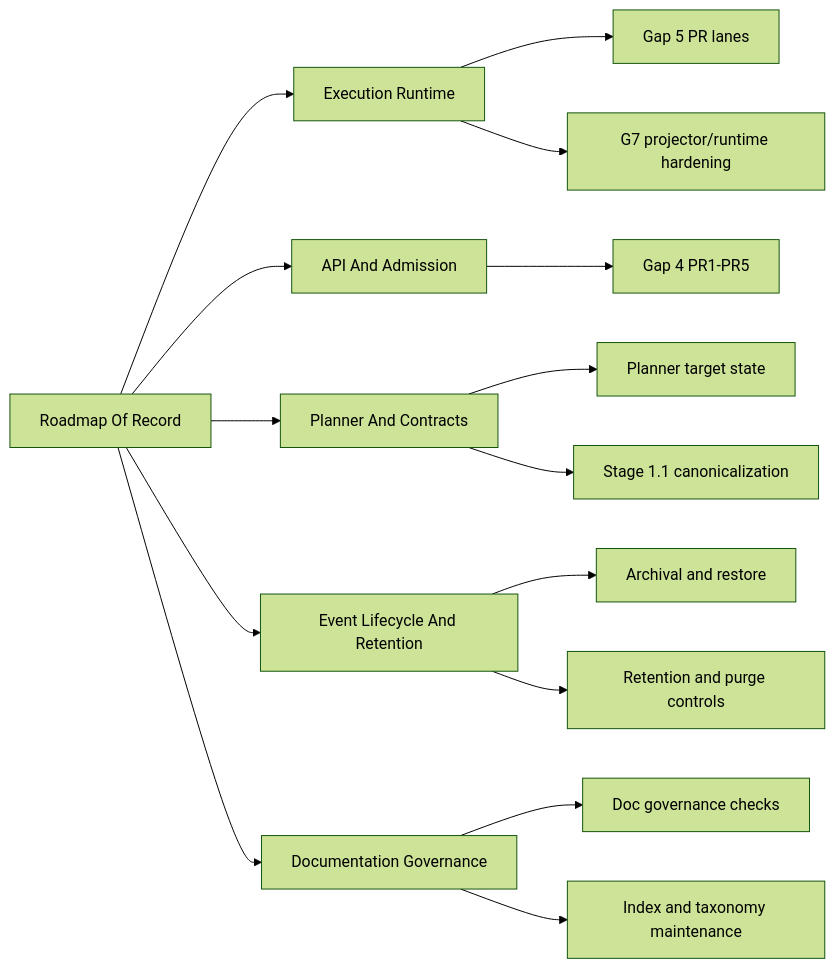
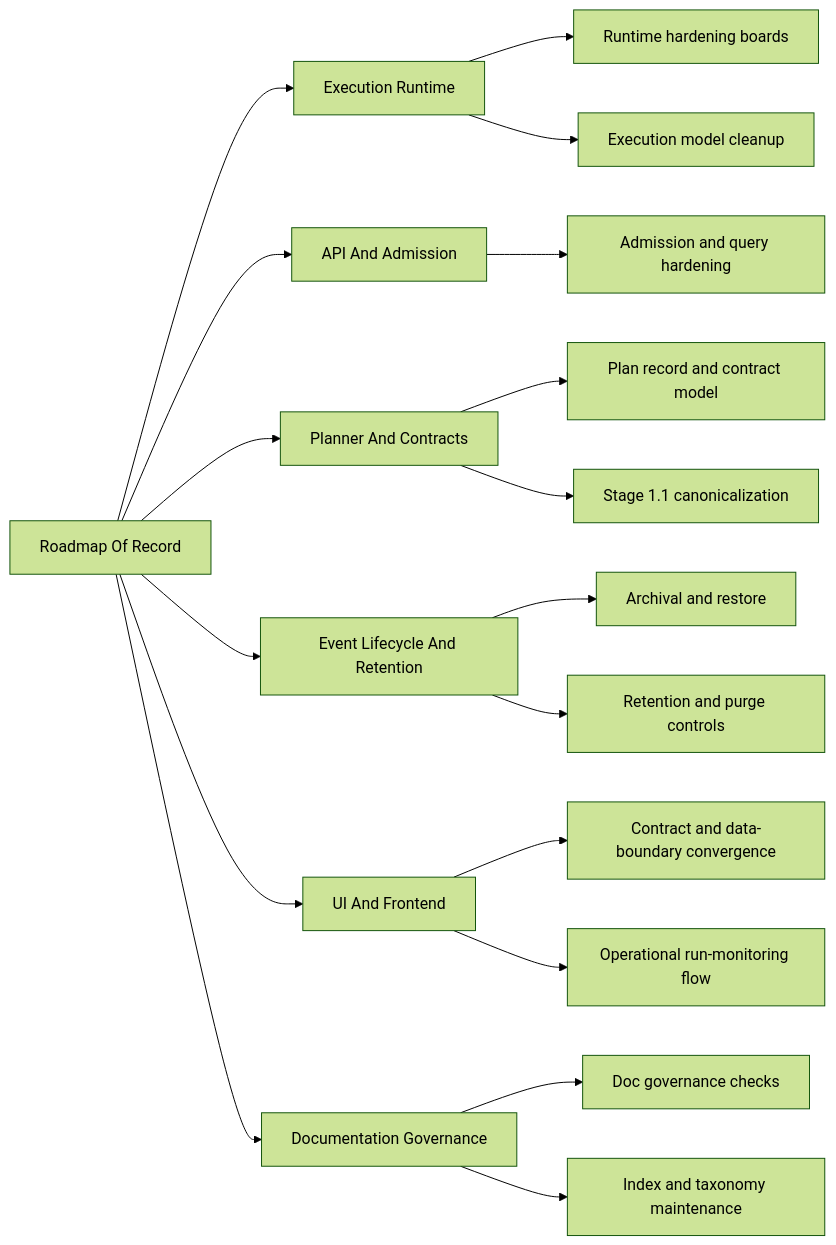
The diagram in docs/planning/roadmap/roadmap-by-domain.md (dunay2/dvt), drawn with Mermaid (forest theme) before and after one commit. The commit also changed other lines of this file and 63 other files, not shown here.

Commit message:
docs(docs): Reconcile architecture docs and frontend convergence planning

````diff
--- a/docs/planning/roadmap/roadmap-by-domain.md
+++ b/docs/planning/roadmap/roadmap-by-domain.md
@@ -17,18 +17,21 @@
 ```mermaid
 flowchart LR
   R[Roadmap Of Record] --> E[Execution Runtime]
   R --> A[API And Admission]
   R --> P[Planner And Contracts]
   R --> L[Event Lifecycle And Retention]
+  R --> U[UI And Frontend]
   R --> D[Documentation Governance]
 
-  E --> E1[Gap 5 PR lanes]
-  E --> E2[G7 projector/runtime hardening]
-  A --> A1[Gap 4 PR1-PR5]
-  P --> P1[Planner target state]
+  E --> E1[Runtime hardening boards]
+  E --> E2[Execution model cleanup]
+  A --> A1[Admission and query hardening]
+  P --> P1[Plan record and contract model]
   P --> P2[Stage 1.1 canonicalization]
   L --> L1[Archival and restore]
   L --> L2[Retention and purge controls]
+  U --> U1[Contract and data-boundary convergence]
+  U --> U2[Operational run-monitoring flow]
   D --> D1[Doc governance checks]
   D --> D2[Index and taxonomy maintenance]
 ```
````
